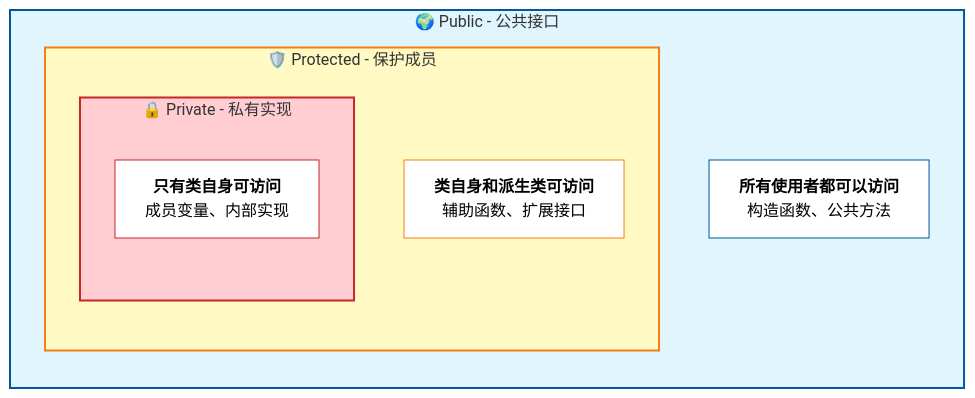
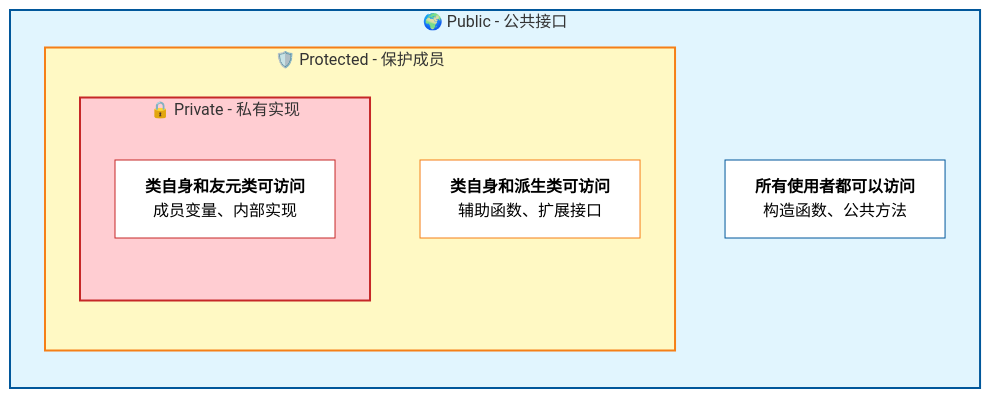
Before and after one commit to san-holy/Advanced-System-Programming-From-Principles-to-Practice: the third of 4 diagrams in ch01/ch01-01-encapsulation-goal.md, drawn with Mermaid (forest theme). The commit also changed other lines of this file, not shown here.

Commit message:
修复了友元类相关讹误

````diff
--- a/ch01/ch01-01-encapsulation-goal.md
+++ b/ch01/ch01-01-encapsulation-goal.md
@@ -67,24 +67,24 @@
 ```mermaid
 graph TB
     subgraph Outer ["🌍 Public - 公共接口"]
         direction TB
         P1[<b>所有使用者都可以访问</b><br/>构造函数、公共方法]
 
         subgraph Middle ["🛡️ Protected - 保护成员"]
             direction TB
             P2[<b>类自身和派生类可访问</b><br/>辅助函数、扩展接口]
 
             subgraph Inner ["🔒 Private - 私有实现"]
                 direction TB
-                P3[<b>只有类自身可访问</b><br/>成员变量、内部实现]
+                P3[<b>类自身和友元类可访问</b><br/>成员变量、内部实现]
             end
         end
     end
 
     style Outer fill:#e1f5fe,stroke:#01579b,stroke-width:2px
     style Middle fill:#fff9c4,stroke:#f57f17,stroke-width:2px
     style Inner fill:#ffcdd2,stroke:#c62828,stroke-width:2px
     style P1 fill:#ffffff,stroke:#01579b,stroke-width:1px
     style P2 fill:#ffffff,stroke:#f57f17,stroke-width:1px
     style P3 fill:#ffffff,stroke:#c62828,stroke-width:1px
 ```
````
